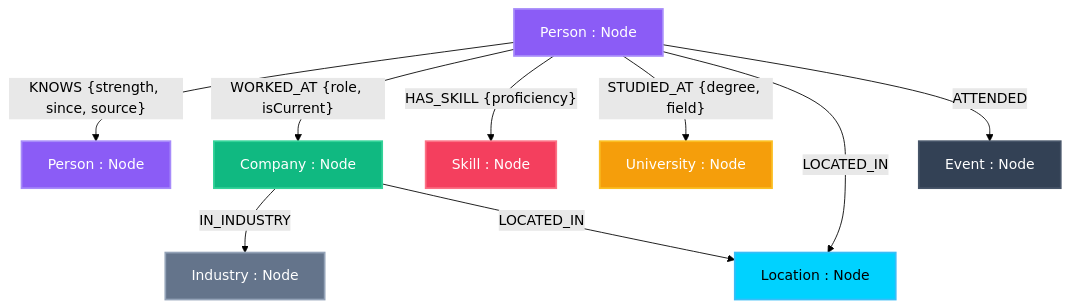
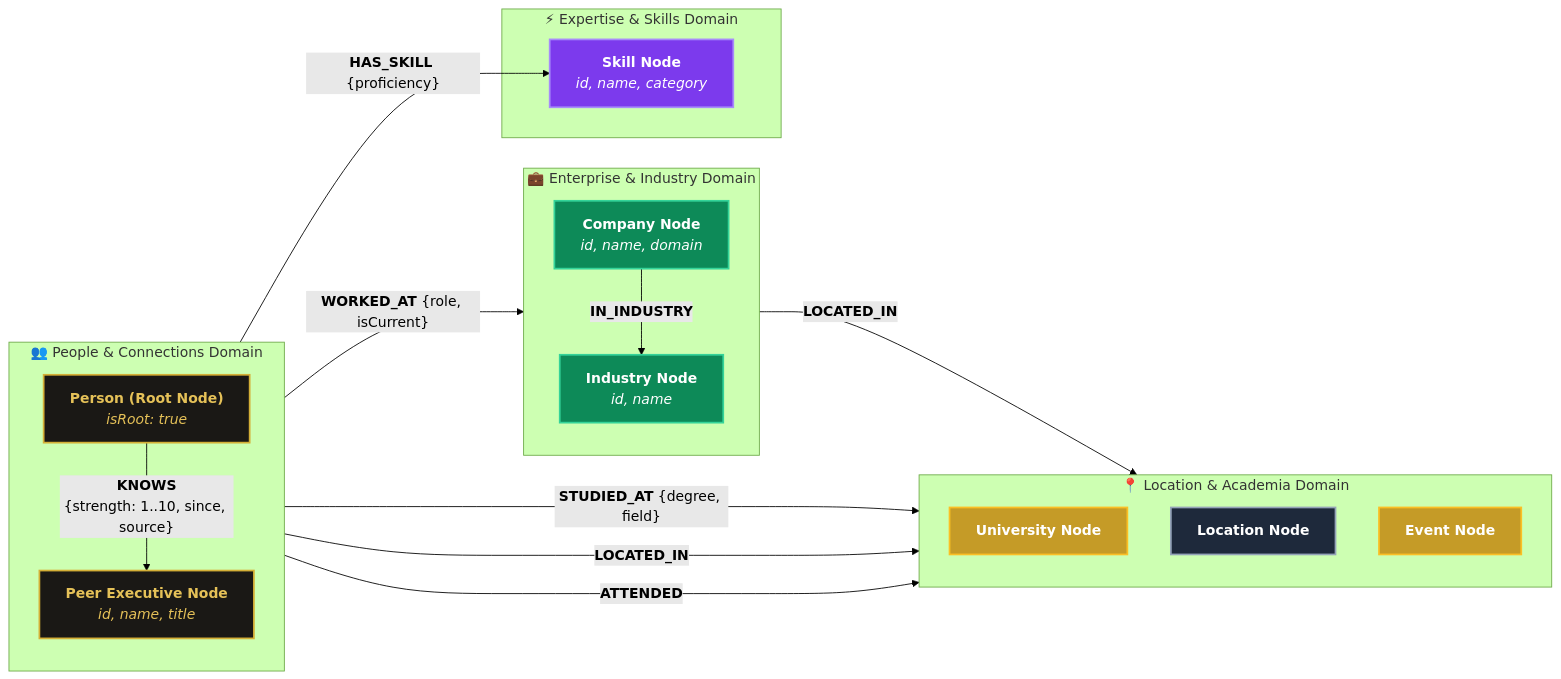
Before and after one commit to Vaibhavsahkk/nexusmap-network-intelligence: the first of 2 diagrams in README.md, drawn with Mermaid (forest theme). The commit also changed other lines of this file, not shown here.

Commit message:
docs: upgrade architecture diagram to enterprise domain LR flowchart and add graph schema data dictionary

````diff
--- a/README.md
+++ b/README.md
@@ -13,28 +13,46 @@
 ```mermaid
-graph TD
-    classDef personNode fill:#8b5cf6,stroke:#a78bfa,stroke-width:2px,color:#fff;
-    classDef companyNode fill:#10b981,stroke:#34d399,stroke-width:2px,color:#fff;
-    classDef skillNode fill:#f43f5e,stroke:#fb7185,stroke-width:2px,color:#fff;
-    classDef univNode fill:#f59e0b,stroke:#fbbf24,stroke-width:2px,color:#fff;
-    classDef locNode fill:#00d2ff,stroke:#38bdf8,stroke-width:2px,color:#000;
-    classDef indNode fill:#64748b,stroke:#94a3b8,stroke-width:2px,color:#fff;
-    classDef eventNode fill:#334155,stroke:#475569,stroke-width:2px,color:#fff;
+flowchart LR
+    subgraph CoreNetwork["👥 People & Connections Domain"]
+        direction TB
+        P1["<b>Person (Root Node)</b><br/><i>isRoot: true</i>"]
+        P2["<b>Peer Executive Node</b><br/><i>id, name, title</i>"]
+        P1 -- "<b>KNOWS</b><br/>{strength: 1..10, since, source}" --> P2
+    end
 
-    P1[Person : Node]:::personNode
-    P2[Person : Node]:::personNode
-    C[Company : Node]:::companyNode
-    S[Skill : Node]:::skillNode
-    U[University : Node]:::univNode
-    L[Location : Node]:::locNode
-    I[Industry : Node]:::indNode
-    E[Event : Node]:::eventNode
+    subgraph CorporateDomain["💼 Enterprise & Industry Domain"]
+        direction TB
+        C["<b>Company Node</b><br/><i>id, name, domain</i>"]
+        I["<b>Industry Node</b><br/><i>id, name</i>"]
+        C -- "<b>IN_INDUSTRY</b>" --> I
+    end
 
-    P1 -- "KNOWS {strength, since, source}" --> P2
-    P1 -- "WORKED_AT {role, isCurrent}" --> C
-    P1 -- "HAS_SKILL {proficiency}" --> S
-    P1 -- "STUDIED_AT {degree, field}" --> U
-    P1 -- "LOCATED_IN" --> L
-    P1 -- "ATTENDED" --> E
-    C -- "IN_INDUSTRY" --> I
-    C -- "LOCATED_IN" --> L
+    subgraph CompetencyDomain["⚡ Expertise & Skills Domain"]
+        S["<b>Skill Node</b><br/><i>id, name, category</i>"]
+    end
+
+    subgraph ContextDomain["📍 Location & Academia Domain"]
+        direction TB
+        U["<b>University Node</b>"]
+        L["<b>Location Node</b>"]
+        E["<b>Event Node</b>"]
+    end
+
+    P1 -- "<b>WORKED_AT</b> {role, isCurrent}" --> C
+    P1 -- "<b>HAS_SKILL</b> {proficiency}" --> S
+    P1 -- "<b>STUDIED_AT</b> {degree, field}" --> U
+    P1 -- "<b>LOCATED_IN</b>" --> L
+    P1 -- "<b>ATTENDED</b>" --> E
+    C -- "<b>LOCATED_IN</b>" --> L
+
+    classDef core fill:#1A1815,stroke:#D4AF37,stroke-width:2px,color:#E5C158;
+    classDef company fill:#0D8A58,stroke:#34D399,stroke-width:2px,color:#FFFFFF;
+    classDef skill fill:#7C3AED,stroke:#A78BFA,stroke-width:2px,color:#FFFFFF;
+    classDef academia fill:#C59B27,stroke:#FBBF24,stroke-width:2px,color:#FFFFFF;
+    classDef location fill:#1E293B,stroke:#94A3B8,stroke-width:2px,color:#FFFFFF;
+
+    class P1,P2 core;
+    class C,I company;
+    class S skill;
+    class U,E academia;
+    class L location;
 ```
````
